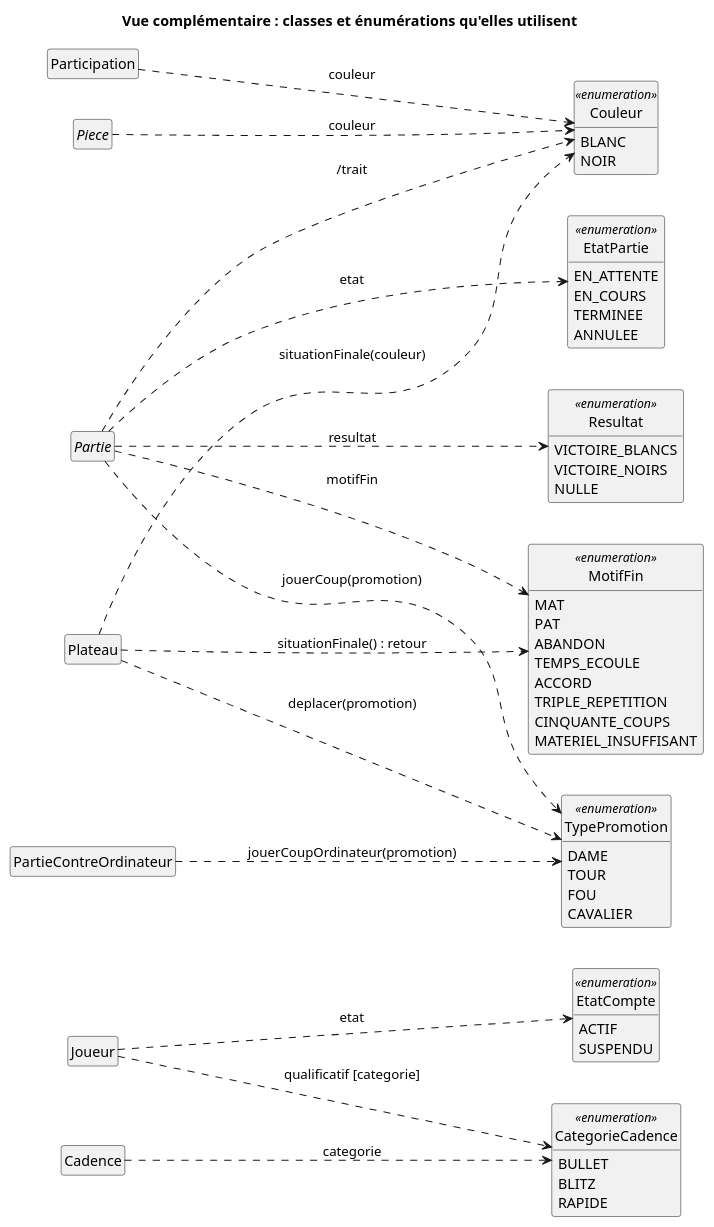
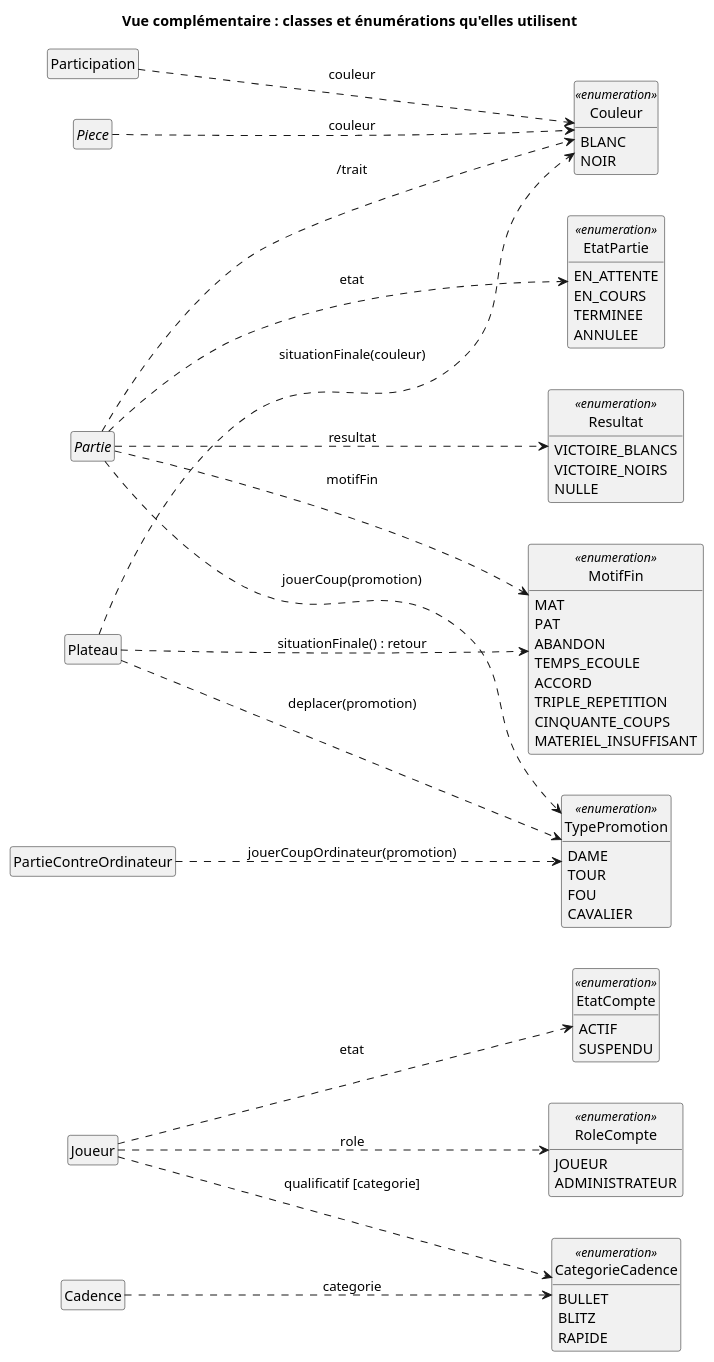
The diagram in diagrams/classes-enumerations.puml (kevinBissouth/projet_echecs_tic315), drawn with PlantUML before and after one commit. The commit also changed 13 other files, not shown here.

Commit message:
docs: add the administrator role and google to the diagrams

```diff
--- a/diagrams/classes-enumerations.puml
+++ b/diagrams/classes-enumerations.puml
@@ -1,82 +1,88 @@
 @startuml classes-enumerations
 ' Vue complémentaire du modèle du domaine (jalons J2 et J3) : quelles classes
 ' utilisent quelles énumérations. Un modèle, plusieurs diagrammes (cours, §1.5) :
 ' les classes n'y montrent que leur nom ; leur contenu est dans classes-domaine.puml.
 ' Dépendance (flèche pointillée, cours figure 9) : la classe utilise l'énumération
 ' comme type d'attribut, de paramètre, de retour ou de qualificatif. L'étiquette
 ' indique où. Pas d'association : une valeur d'énumération n'est pas un objet.
 
 title Vue complémentaire : classes et énumérations qu'elles utilisent
 
 left to right direction
 hide circle
 hide empty members
 skinparam classAttributeIconSize 0
 skinparam nodesep 40
 skinparam ranksep 140
 
 class Joueur
 abstract class Partie
 class PartieContreOrdinateur
 class Participation
 class Cadence
 class Plateau
 abstract class Piece
 
 enum EtatCompte <<enumeration>> {
   ACTIF
   SUSPENDU
+}
+
+enum RoleCompte <<enumeration>> {
+  JOUEUR
+  ADMINISTRATEUR
 }
 enum EtatPartie <<enumeration>> {
   EN_ATTENTE
   EN_COURS
   TERMINEE
   ANNULEE
 }
 enum Resultat <<enumeration>> {
   VICTOIRE_BLANCS
   VICTOIRE_NOIRS
   NULLE
 }
 enum MotifFin <<enumeration>> {
   MAT
   PAT
   ABANDON
   TEMPS_ECOULE
   ACCORD
   TRIPLE_REPETITION
   CINQUANTE_COUPS
   MATERIEL_INSUFFISANT
 }
 enum Couleur <<enumeration>> {
   BLANC
   NOIR
 }
 enum CategorieCadence <<enumeration>> {
   BULLET
   BLITZ
   RAPIDE
 }
 enum TypePromotion <<enumeration>> {
   DAME
   TOUR
   FOU
   CAVALIER
 }
 
 Joueur ..> EtatCompte : etat
+Joueur ..> RoleCompte : role
 Joueur ..> CategorieCadence : qualificatif [categorie]
 Cadence ..> CategorieCadence : categorie
 Partie ..> EtatPartie : etat
 Partie ..> Resultat : resultat
 Partie ..> MotifFin : motifFin
 Partie ..> Couleur : /trait
 Partie ..> TypePromotion : jouerCoup(promotion)
 PartieContreOrdinateur ..> TypePromotion : jouerCoupOrdinateur(promotion)
 Participation ..> Couleur : couleur
 Piece ..> Couleur : couleur
 Plateau ..> MotifFin : situationFinale() : retour
 Plateau ..> Couleur : situationFinale(couleur)
 Plateau ..> TypePromotion : deplacer(promotion)
 
 @enduml
```
